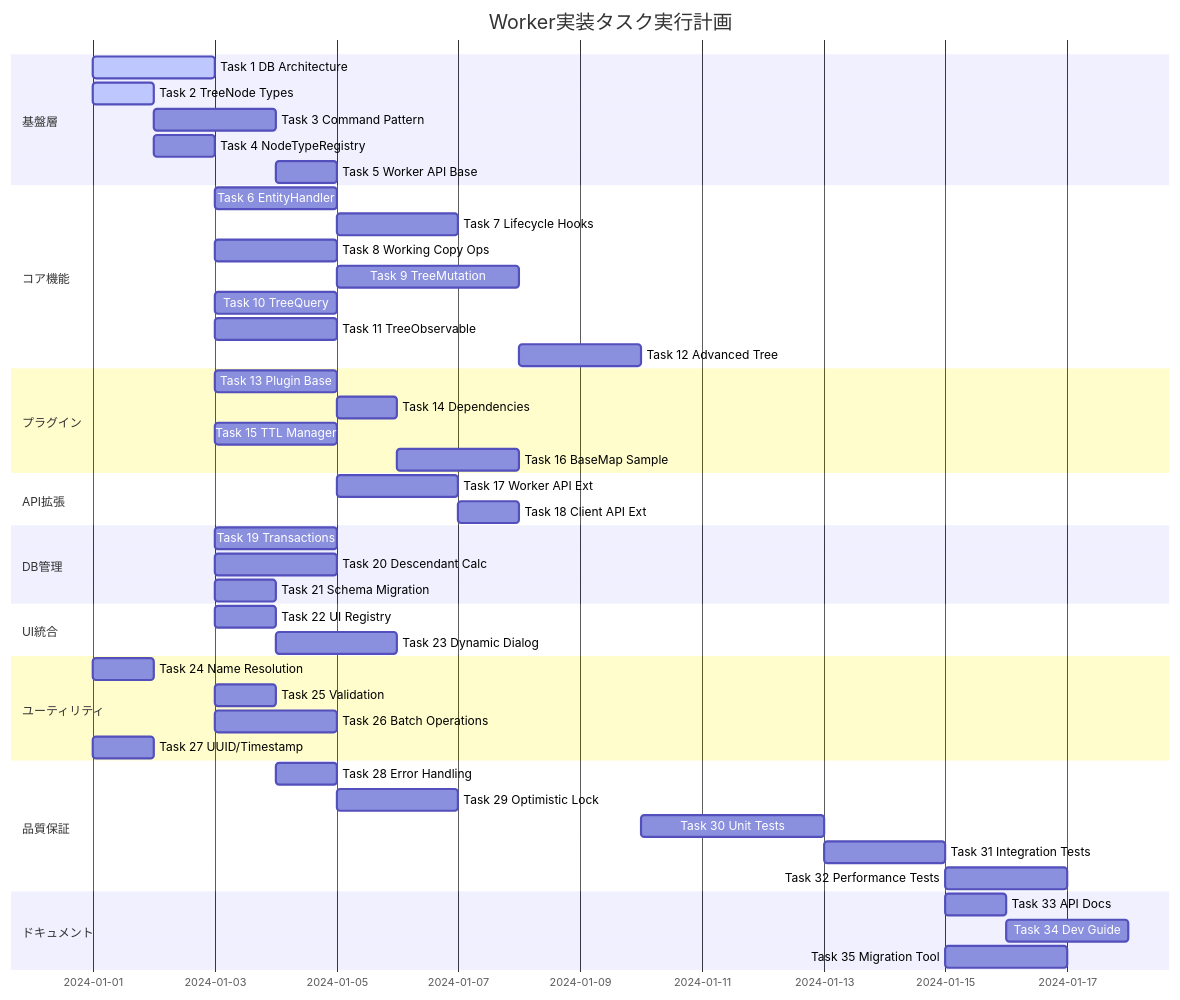
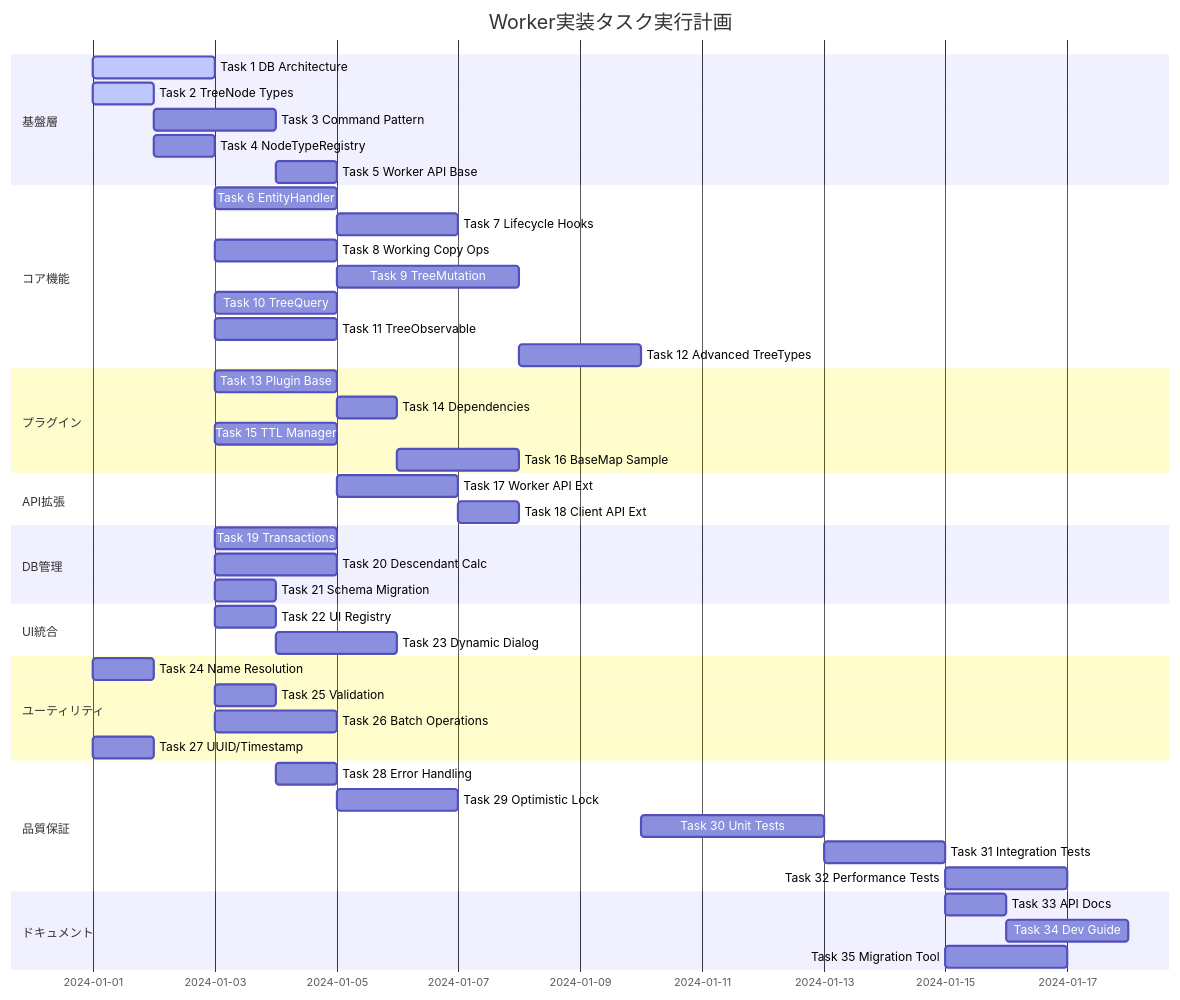
The diagram in docs/tasks/worker-implementation-tasks.md (kubohiroya/hierarchidb), drawn with Mermaid before and after one commit. The commit also changed other lines of this file and 452 other files, not shown here.

````diff
--- a/docs/tasks/worker-implementation-tasks.md
+++ b/docs/tasks/worker-implementation-tasks.md
@@ -1949,57 +1949,57 @@
 ```mermaid
 gantt
     title Worker実装タスク実行計画
     dateFormat YYYY-MM-DD
     section 基盤層
     Task 1 DB Architecture    :active, t1, 2024-01-01, 2d
     Task 2 TreeNode Types     :active, t2, 2024-01-01, 1d
     Task 3 Command Pattern    :t3, after t2, 2d
     Task 4 NodeTypeRegistry   :t4, after t2, 1d
     Task 5 Worker API Base    :t5, after t1 t3, 1d
     
     section コア機能
     Task 6 EntityHandler      :t6, after t4, 2d
     Task 7 Lifecycle Hooks    :t7, after t6, 2d
     Task 8 Working Copy Ops   :t8, after t1 t2, 2d
     Task 9 TreeMutation       :t9, after t3 t8, 3d
     Task 10 TreeQuery         :t10, after t1, 2d
     Task 11 TreeObservable    :t11, after t1, 2d
-    Task 12 Advanced Tree     :t12, after t9, 2d
+    Task 12 Advanced TreeTypes     :t12, after t9, 2d
     
     section プラグイン
     Task 13 Plugin Base       :t13, after t4, 2d
     Task 14 Dependencies      :t14, after t13, 1d
     Task 15 TTL Manager       :t15, after t1, 2d
     Task 16 BaseMap Sample    :t16, after t13 t14, 2d
     
     section API拡張
     Task 17 Worker API Ext    :t17, after t5, 2d
     Task 18 Client API Ext    :t18, after t17, 1d
     
     section DB管理
     Task 19 Transactions      :t19, after t1, 2d
     Task 20 Descendant Calc   :t20, after t1, 2d
     Task 21 Schema Migration  :t21, after t1, 1d
     
     section UI統合
     Task 22 UI Registry       :t22, after t4, 1d
     Task 23 Dynamic Dialog    :t23, after t22, 2d
     
     section ユーティリティ
     Task 24 Name Resolution   :t24, 2024-01-01, 1d
     Task 25 Validation        :t25, after t4, 1d
     Task 26 Batch Operations  :t26, after t1, 2d
     Task 27 UUID/Timestamp    :t27, 2024-01-01, 1d
     
     section 品質保証
     Task 28 Error Handling    :t28, after t3, 1d
     Task 29 Optimistic Lock   :t29, after t8, 2d
     Task 30 Unit Tests        :t30, after t1 t2 t3 t4 t5 t6 t7 t8 t9 t10 t11 t12, 3d
     Task 31 Integration Tests :t31, after t30, 2d
     Task 32 Performance Tests :t32, after t31, 2d
     
     section ドキュメント
     Task 33 API Docs          :t33, after t31, 1d
     Task 34 Dev Guide         :t34, after t33, 2d
     Task 35 Migration Tool    :t35, after t31, 2d
 ```
````
